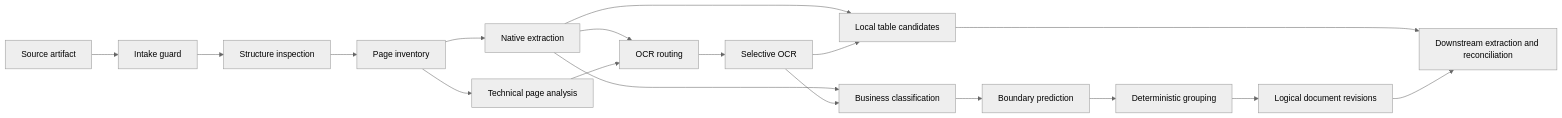
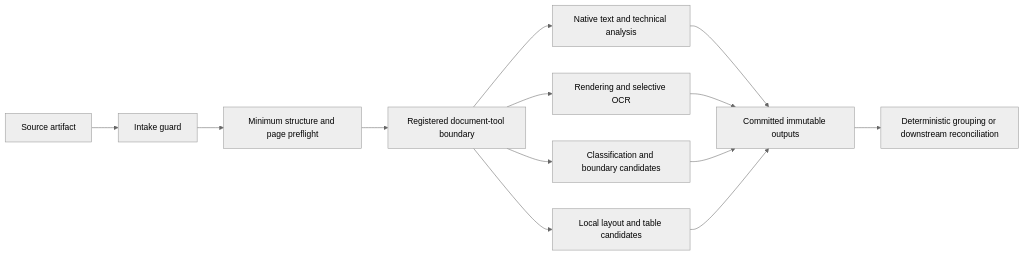
One commit to skang10/fin-processing-agent changed the diagram in specs/components/DOCUMENT_PROCESSING.md. Above: the diagram before and after it, drawn with Mermaid (neutral theme). The commit also changed other lines of this file and 3 other files, not shown here.

````diff
--- a/specs/components/DOCUMENT_PROCESSING.md
+++ b/specs/components/DOCUMENT_PROCESSING.md
@@ -44,20 +44,15 @@
 ```mermaid
 flowchart LR
     A[Source artifact] --> B[Intake guard]
-    B --> C[Structure inspection]
-    C --> D[Page inventory]
-    D --> E[Native extraction]
-    D --> F[Technical page analysis]
-    E --> G[OCR routing]
-    F --> G
-    G --> H[Selective OCR]
-    E --> I[Business classification]
+    B --> C[Minimum structure and page preflight]
+    C --> D[Registered document-tool boundary]
+    D --> E[Native text and technical analysis]
+    D --> F[Rendering and selective OCR]
+    D --> G[Classification and boundary candidates]
+    D --> H[Local layout and table candidates]
+    E --> I[Committed immutable outputs]
+    F --> I
+    G --> I
     H --> I
-    I --> J[Boundary prediction]
-    J --> K[Deterministic grouping]
-    E --> L[Local table candidates]
-    H --> L
-    K --> M[Logical document revisions]
-    L --> N[Downstream extraction and reconciliation]
-    M --> N
+    I --> J[Deterministic grouping or downstream reconciliation]
 ```
````
